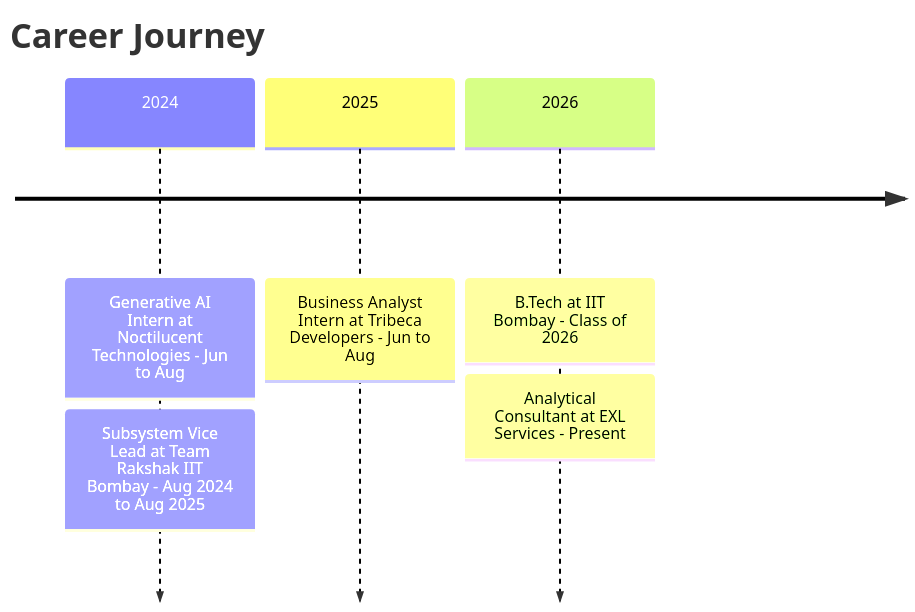
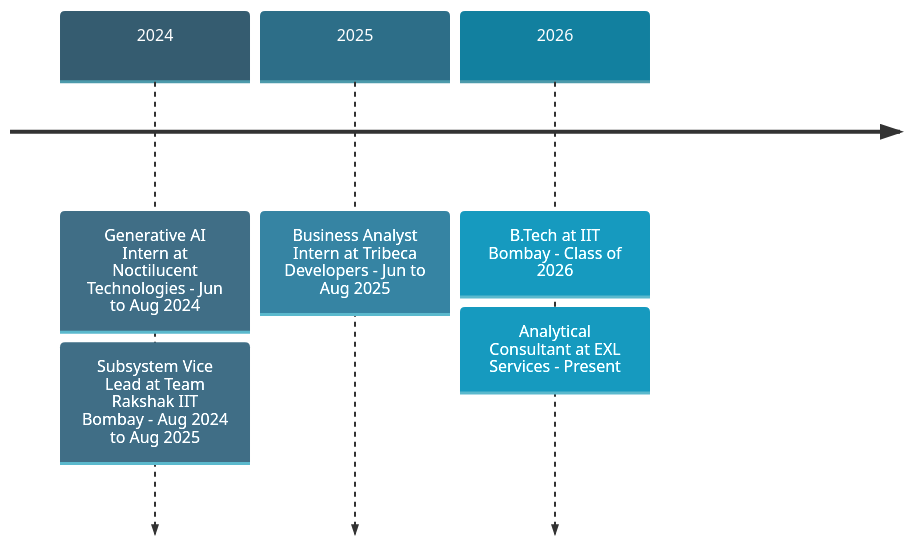
Before and after one commit to NEC0S/NEC0S: the diagram in README.md, drawn with Mermaid. The commit also changed other lines of this file, not shown here.

First line of the commit message:
Revise personal details and career timeline

````diff
--- a/README.md
+++ b/README.md
@@ -208,9 +222,9 @@
 ```mermaid
+%%{init: {'theme': 'base', 'themeVariables': {'fontFamily': 'ui-sans-serif, system-ui, sans-serif', 'cScale0': '#355c70', 'cScale1': '#2d6e88', 'cScale2': '#12809f', 'cScaleLabel0': '#ffffff', 'cScaleLabel1': '#ffffff', 'cScaleLabel2': '#ffffff', 'cScaleInv0': '#4c9aab', 'cScaleInv1': '#4c9aab', 'cScaleInv2': '#4c9aab', 'lineColor': '#4c9aab'}}}%%
 timeline
-    title Career Journey
-    2024 : Generative AI Intern at Noctilucent Technologies - Jun to Aug
+    2024 : Generative AI Intern at Noctilucent Technologies - Jun to Aug 2024
          : Subsystem Vice Lead at Team Rakshak IIT Bombay - Aug 2024 to Aug 2025
-    2025 : Business Analyst Intern at Tribeca Developers - Jun to Aug
+    2025 : Business Analyst Intern at Tribeca Developers - Jun to Aug 2025
     2026 : B.Tech at IIT Bombay - Class of 2026
          : Analytical Consultant at EXL Services - Present
 ```
````
